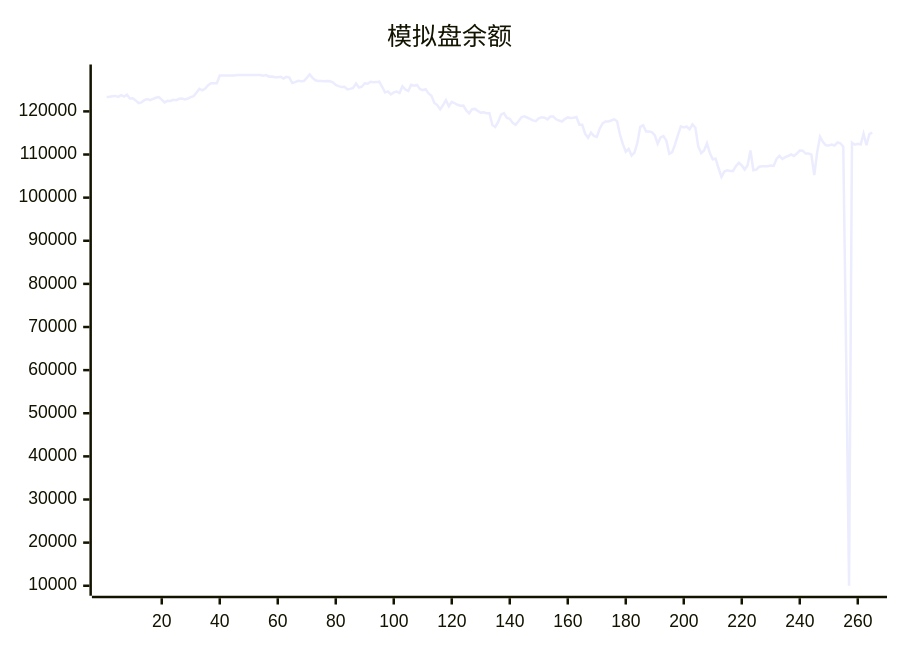
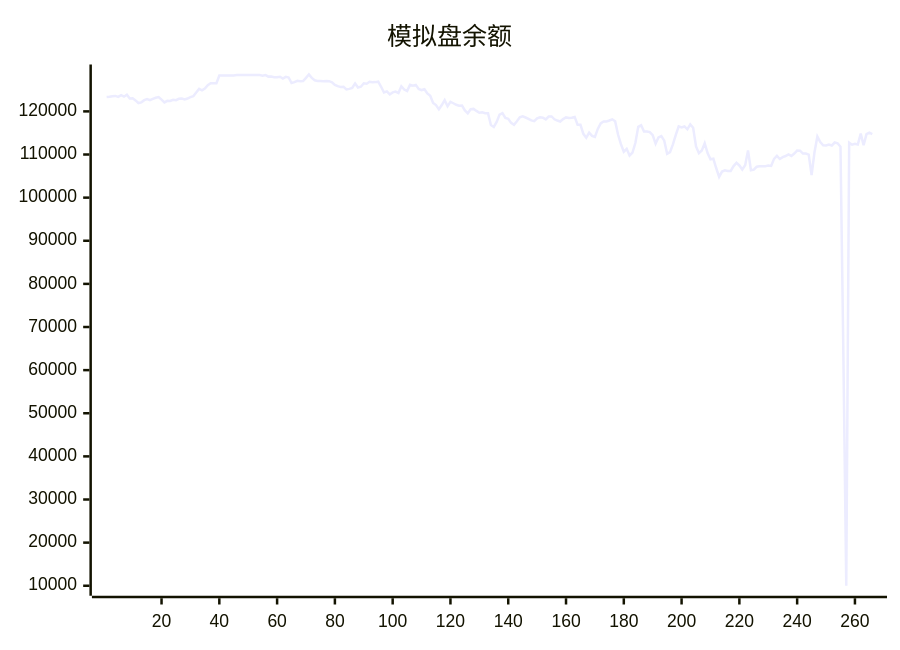
Before and after one commit to aahl/ai-trading: the diagram in README.md, drawn with Mermaid. The commit also changed other lines of this file and 1 other file, not shown here.

````diff
--- a/README.md
+++ b/README.md
@@ -5,5 +5,5 @@
 ```mermaid
 xychart
     title "模拟盘余额"
-    line [123338,123402,123530,123592,123378,123745,123413,123853,123009,123040,122557,121938,122095,122599,122856,122597,122898,123160,123319,122719,122087,122454,122416,122685,122592,122907,122961,122776,122981,123295,123507,124403,125224,124894,125303,126088,126544,126534,126549,128335,128318,128318,128318,128318,128318,128424,128424,128424,128424,128424,128424,128424,128424,128424,128247,128412,128062,128087,127917,127901,128026,127611,128000,127850,126572,126770,127100,126971,127029,127783,128554,127765,127224,127064,127044,127009,127025,127004,126738,126152,125871,125635,125707,125117,125217,125420,126480,125545,125715,126511,126424,126856,126764,126788,126890,125710,124381,124632,123936,124402,124574,124256,125833,125070,124739,126154,125966,126145,125213,124943,125143,124157,123604,121959,121476,120476,121470,122610,121201,122221,121889,121522,121332,121344,120232,119559,120513,120577,120108,119680,119777,119572,119568,116839,116392,117573,119250,119585,118469,118277,117338,116897,117706,118628,118849,118579,118280,117926,117735,118373,118639,118544,118136,118798,118819,118162,117874,117649,118215,118601,118463,118517,118713,116911,116899,114798,113887,115084,114313,114091,115934,117221,117658,117658,117883,118164,117693,114632,112403,110644,111313,109777,110444,112673,116419,116772,115355,115355,115198,114476,112510,113954,114276,113223,110151,110561,112361,114562,116522,116265,116500,115845,117000,116199,111887,110306,110942,112588,110318,108891,109011,106814,104811,106038,106327,106201,106180,107315,108068,107463,106528,107530,110941,106346,106482,107161,107268,107270,107302,107426,107340,108985,109681,108962,109404,109645,110030,109680,110214,110918,110897,110215,110212,109962,105235,110525,114151,112895,112137,112083,112329,112094,112784,112613,111829,63445,10000,112734,112268,112496,112313,114832,112156,114730,115058]
+    line [123338,123402,123530,123592,123378,123745,123413,123853,123009,123040,122557,121938,122095,122599,122856,122597,122898,123160,123319,122719,122087,122454,122416,122685,122592,122907,122961,122776,122981,123295,123507,124403,125224,124894,125303,126088,126544,126534,126549,128335,128318,128318,128318,128318,128318,128424,128424,128424,128424,128424,128424,128424,128424,128424,128247,128412,128062,128087,127917,127901,128026,127611,128000,127850,126572,126770,127100,126971,127029,127783,128554,127765,127224,127064,127044,127009,127025,127004,126738,126152,125871,125635,125707,125117,125217,125420,126480,125545,125715,126511,126424,126856,126764,126788,126890,125710,124381,124632,123936,124402,124574,124256,125833,125070,124739,126154,125966,126145,125213,124943,125143,124157,123604,121959,121476,120476,121470,122610,121201,122221,121889,121522,121332,121344,120232,119559,120513,120577,120108,119680,119777,119572,119568,116839,116392,117573,119250,119585,118469,118277,117338,116897,117706,118628,118849,118579,118280,117926,117735,118373,118639,118544,118136,118798,118819,118162,117874,117649,118215,118601,118463,118517,118713,116911,116899,114798,113887,115084,114313,114091,115934,117221,117658,117658,117883,118164,117693,114632,112403,110644,111313,109777,110444,112673,116419,116772,115355,115355,115198,114476,112510,113954,114276,113223,110151,110561,112361,114562,116522,116265,116500,115845,117000,116199,111887,110306,110942,112588,110318,108891,109011,106814,104811,106038,106327,106201,106180,107315,108068,107463,106528,107530,110941,106346,106482,107161,107268,107270,107302,107426,107340,108985,109681,108962,109404,109645,110030,109680,110214,110918,110897,110215,110212,109962,105235,110525,114151,112895,112137,112083,112329,112094,112784,112613,111829,63445,10000,112734,112268,112496,112313,114832,112156,114730,115058,114728]
 ```
````
